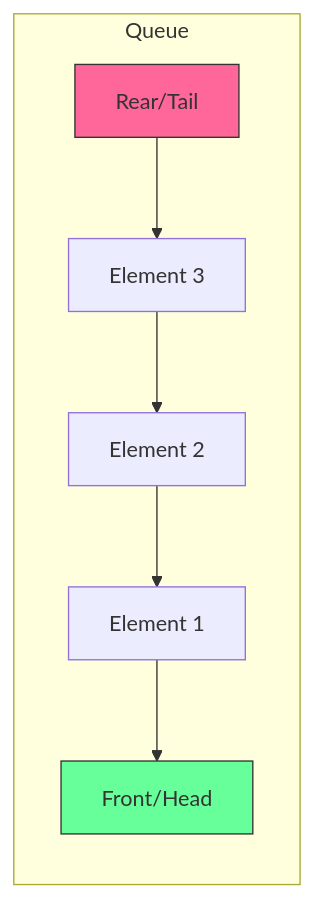
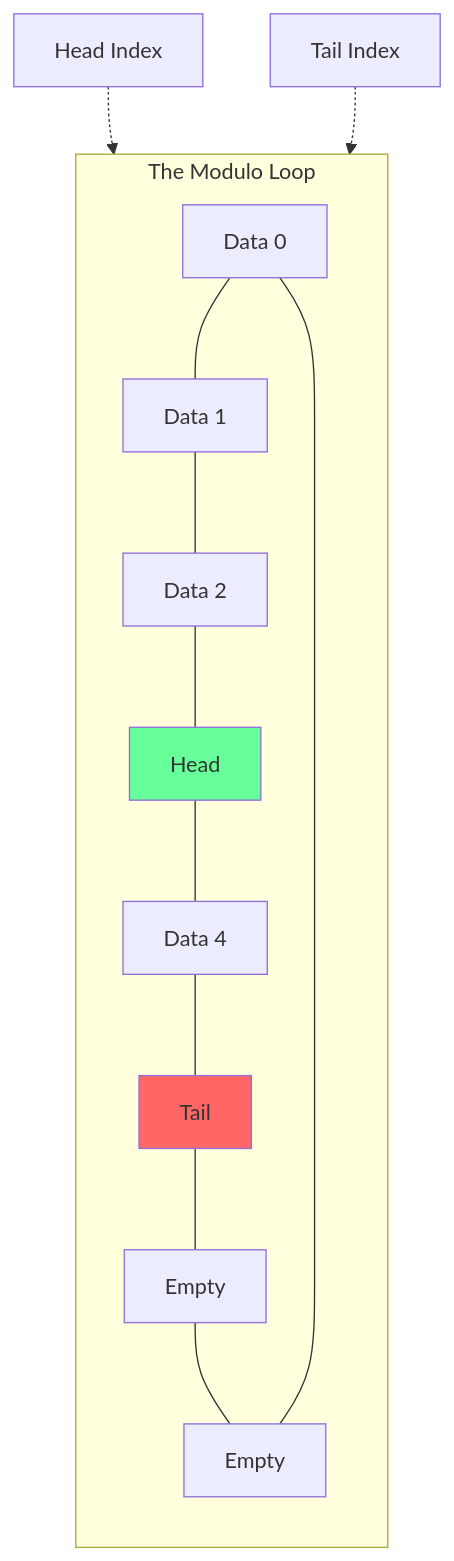
One commit to ajay99511/DSA_Pattern_Recognition changed the second of 3 diagrams in concepts/data_structures/stacks_and_queues.md. Above: the diagram before and after it, drawn with Mermaid. The commit also changed other lines of this file and 12 other files, not shown here.

````diff
--- a/concepts/data_structures/stacks_and_queues.md
+++ b/concepts/data_structures/stacks_and_queues.md
@@ -35,11 +31,14 @@
 ```mermaid
-graph LR
-    subgraph Queue
-    Rear[Rear/Tail] --> E3[Element 3]
-    E3 --> E2[Element 2]
-    E2 --> E1[Element 1]
-    E1 --> Front[Front/Head]
+graph TD
+    subgraph Circular_Memory [The Modulo Loop]
+    direction TB
+    S0[Data 0] --- S1[Data 1] --- S2[Data 2] --- S3[Head] --- S4[Data 4] --- S5[Tail] --- S6[Empty] --- S7[Empty]
+    S7 --- S0
     end
-    style Front fill:#6f9,stroke:#333
-    style Rear fill:#f69,stroke:#333
+    
+    Head_Ptr[Head Index] -.-> S3
+    Tail_Ptr[Tail Index] -.-> S5
+    
+    style S3 fill:#6f9
+    style S5 fill:#f66
 ```
````
